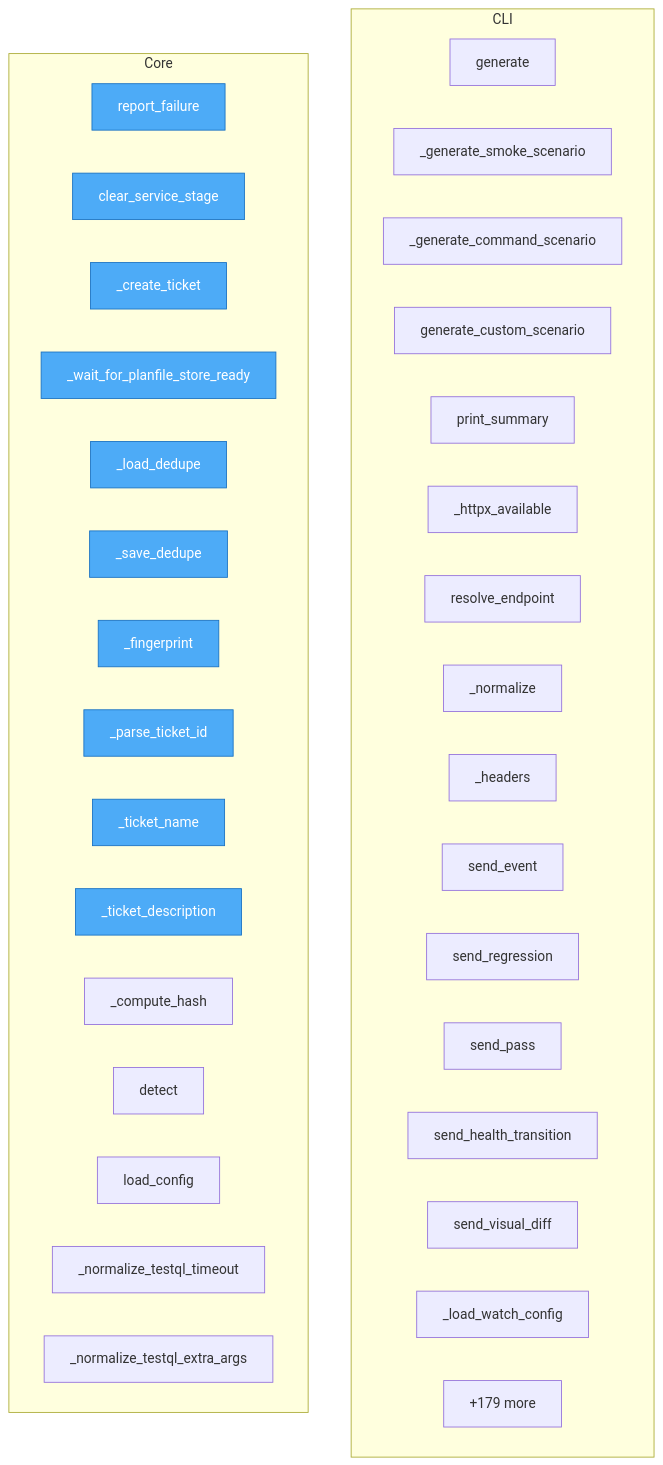
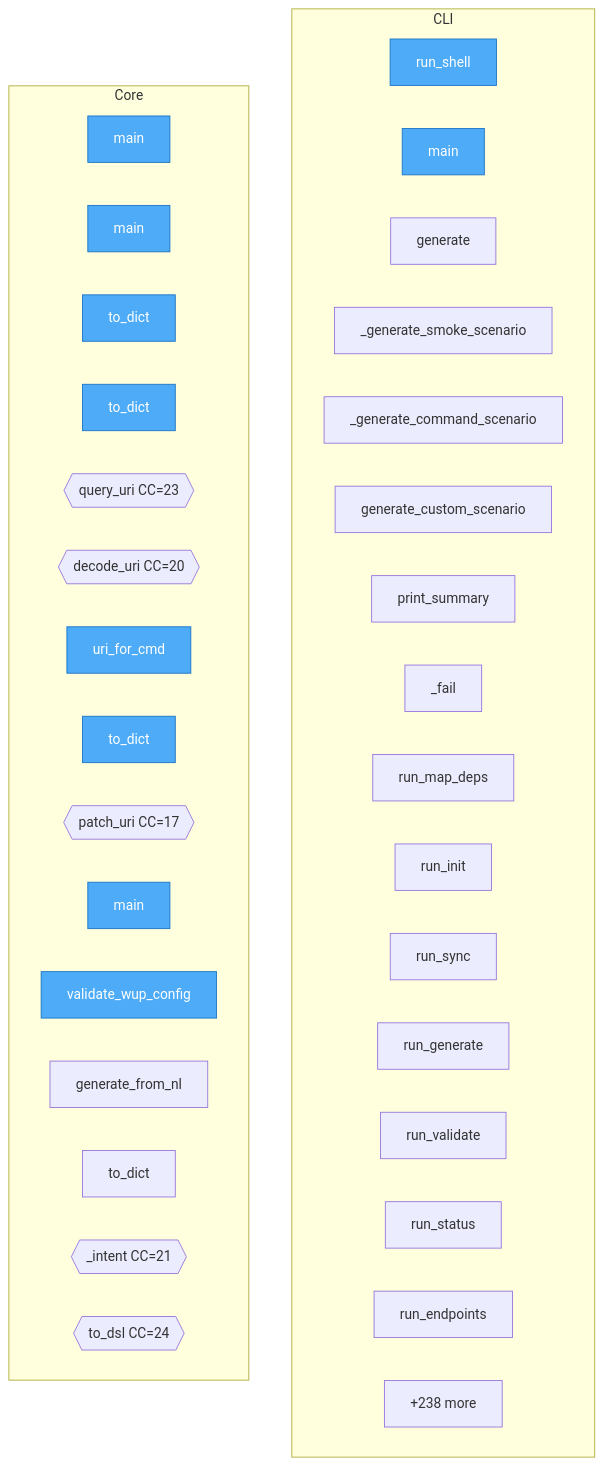
Before and after one commit to semcod/wup: the diagram in project/flow.mmd, drawn with Mermaid. The commit also changed 36 other files, not shown here.

```diff
--- a/project/flow.mmd
+++ b/project/flow.mmd
@@ -1,45 +1,45 @@
 flowchart TD
-%% generated in 0.01s
+%% generated in 0.07s
 
     %% Entry points (blue)
     classDef entry fill:#4dabf7,stroke:#1971c2,color:#fff
 
     subgraph CLI
+        packages__cli2wup__src__cli2wup__cli__run_shell["run_shell"]
+        packages__cli2wup__src__cli2wup__cli__main["main"]
         wup__testql_cli_generator__TestQLCLIGenerator__generate["generate"]
         wup__testql_cli_generator__TestQLCLIGenerator___generate_smoke_scenario["_generate_smoke_scenario"]
         wup__testql_cli_generator__TestQLCLIGenerator___generate_command_scenario["_generate_command_scenario"]
         wup__testql_cli_generator__TestQLCLIGenerator__generate_custom_scenario["generate_custom_scenario"]
         wup__testql_cli_generator__TestQLCLIGenerator__print_summary["print_summary"]
-        wup__web_client___httpx_available["_httpx_available"]
-        wup__web_client__resolve_endpoint["resolve_endpoint"]
-        wup__web_client___normalize["_normalize"]
-        wup__web_client__WebClient___headers["_headers"]
-        wup__web_client__WebClient__send_event["send_event"]
-        wup__web_client__WebClient__send_regression["send_regression"]
-        wup__web_client__WebClient__send_pass["send_pass"]
-        wup__web_client__WebClient__send_health_transition["send_health_transition"]
-        wup__web_client__WebClient__send_visual_diff["send_visual_diff"]
-        wup__cli___load_watch_config["_load_watch_config"]
-        ...["+29 more"]
+        wup__cli_bridge___fail["_fail"]
+        wup__cli_bridge__run_map_deps["run_map_deps"]
+        wup__cli_bridge__run_init["run_init"]
+        wup__cli_bridge__run_sync["run_sync"]
+        wup__cli_bridge__run_generate["run_generate"]
+        wup__cli_bridge__run_validate["run_validate"]
+        wup__cli_bridge__run_status["run_status"]
+        wup__cli_bridge__run_endpoints["run_endpoints"]
+        ...["+50 more"]
     end
 
     subgraph Core
-        wup__planfile_reporter__PlanfileReporter__report_failure["report_failure"]
-        wup__planfile_reporter__PlanfileReporter__clear_service_stage["clear_service_stage"]
-        wup__planfile_reporter__PlanfileReporter___create_ticket["_create_ticket"]
-        wup__planfile_reporter__PlanfileReporter___wait_for_planfile_store_ready["_wait_for_planfile_store_ready"]
-        wup__planfile_reporter__PlanfileReporter___load_dedupe["_load_dedupe"]
-        wup__planfile_reporter__PlanfileReporter___save_dedupe["_save_dedupe"]
-        wup__planfile_reporter__PlanfileReporter___fingerprint["_fingerprint"]
-        wup__planfile_reporter__PlanfileReporter___parse_ticket_id["_parse_ticket_id"]
-        wup__planfile_reporter__PlanfileReporter___ticket_name["_ticket_name"]
-        wup__planfile_reporter__PlanfileReporter___ticket_description["_ticket_description"]
-        wup___hash_detector__HashDetector___compute_hash["_compute_hash"]
-        wup___hash_detector__HashDetector__detect["detect"]
-        wup__config__load_config["load_config"]
-        wup__config___normalize_testql_timeout["_normalize_testql_timeout"]
-        wup__config___normalize_testql_extra_args["_normalize_testql_extra_args"]
-        ...["+179 more"]
+        packages__rest2wup__src__rest2wup__cli__main["main"]
+        packages__uri2wup__src__uri2wup__cli__main["main"]
+        packages__uri2wup__src__uri2wup__nlp2uri__UriHit__to_dict["to_dict"]
+        packages__uri2wup__src__uri2wup__query__QueryResult__to_dict["to_dict"]
+        packages__uri2wup__src__uri2wup__query__query_uri{{query_uri CC=23}}
+        packages__uri2wup__src__uri2wup__decode__decode_uri{{decode_uri CC=20}}
+        packages__uri2wup__src__uri2wup__uri__uri_for_cmd["uri_for_cmd"]
+        packages__uri2wup__src__uri2wup__patch__PatchResult__to_dict["to_dict"]
+        packages__uri2wup__src__uri2wup__patch__patch_uri{{patch_uri CC=17}}
+        packages__nlp2wup__src__nlp2wup__cli__main["main"]
+        packages__nlp2wup__src__nlp2wup__validate__validate_wup_config["validate_wup_config"]
+        packages__nlp2wup__src__nlp2wup__generate__generate_from_nl["generate_from_nl"]
+        packages__nlp2wup__src__nlp2wup__apply__ApplyResult__to_dict["to_dict"]
+        packages__nlp2wup__src__nlp2wup__apply___intent{{_intent CC=21}}
+        packages__nlp2wup__src__nlp2wup__apply__to_dsl{{to_dsl CC=24}}
+        ...["+238 more"]
     end
 
-    class wup__planfile_reporter__PlanfileReporter__report_failure,wup__planfile_reporter__PlanfileReporter__clear_service_stage,wup__planfile_reporter__PlanfileReporter___create_ticket,wup__planfile_reporter__PlanfileReporter___wait_for_planfile_store_ready,wup__planfile_reporter__PlanfileReporter___load_dedupe,wup__planfile_reporter__PlanfileReporter___save_dedupe,wup__planfile_reporter__PlanfileReporter___fingerprint,wup__planfile_reporter__PlanfileReporter___parse_ticket_id,wup__planfile_reporter__PlanfileReporter___ticket_name,wup__planfile_reporter__PlanfileReporter___ticket_description entry
+    class packages__cli2wup__src__cli2wup__cli__run_shell,packages__cli2wup__src__cli2wup__cli__main,packages__rest2wup__src__rest2wup__cli__main,packages__uri2wup__src__uri2wup__cli__main,packages__uri2wup__src__uri2wup__nlp2uri__UriHit__to_dict,packages__uri2wup__src__uri2wup__query__QueryResult__to_dict,packages__uri2wup__src__uri2wup__uri__uri_for_cmd,packages__uri2wup__src__uri2wup__patch__PatchResult__to_dict,packages__nlp2wup__src__nlp2wup__cli__main,packages__nlp2wup__src__nlp2wup__validate__validate_wup_config entry
```
